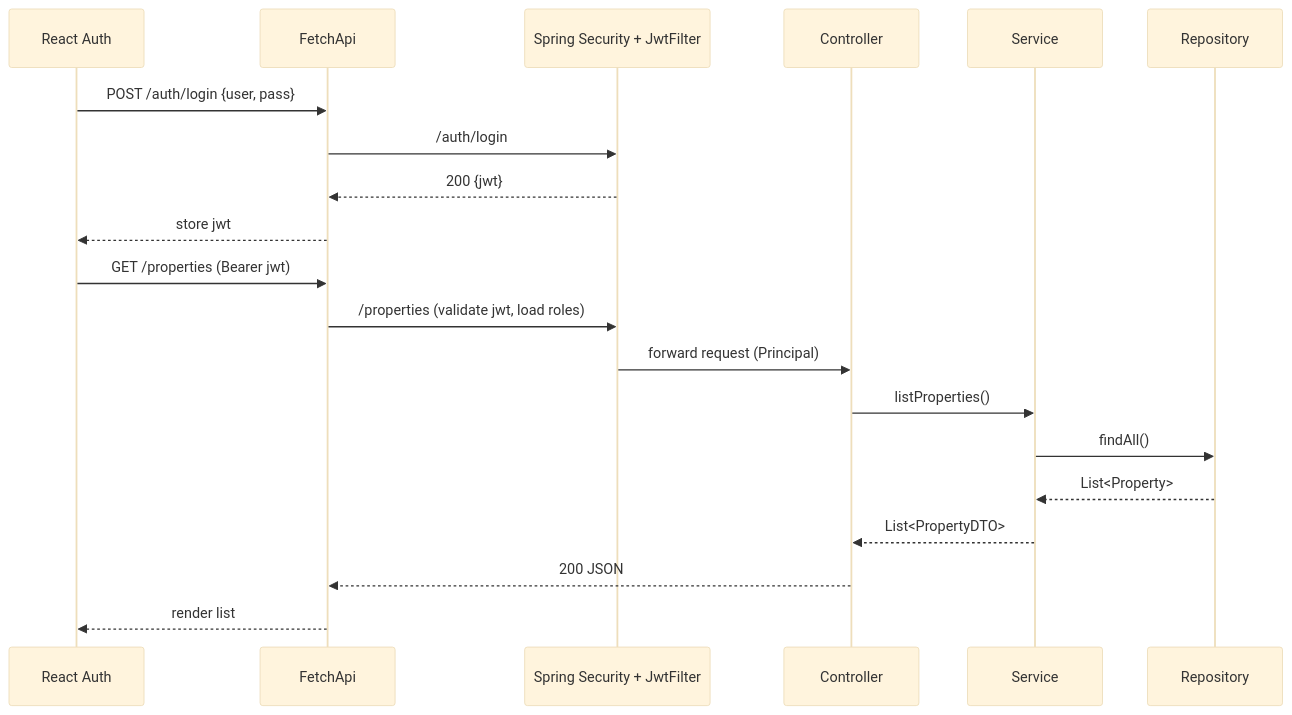
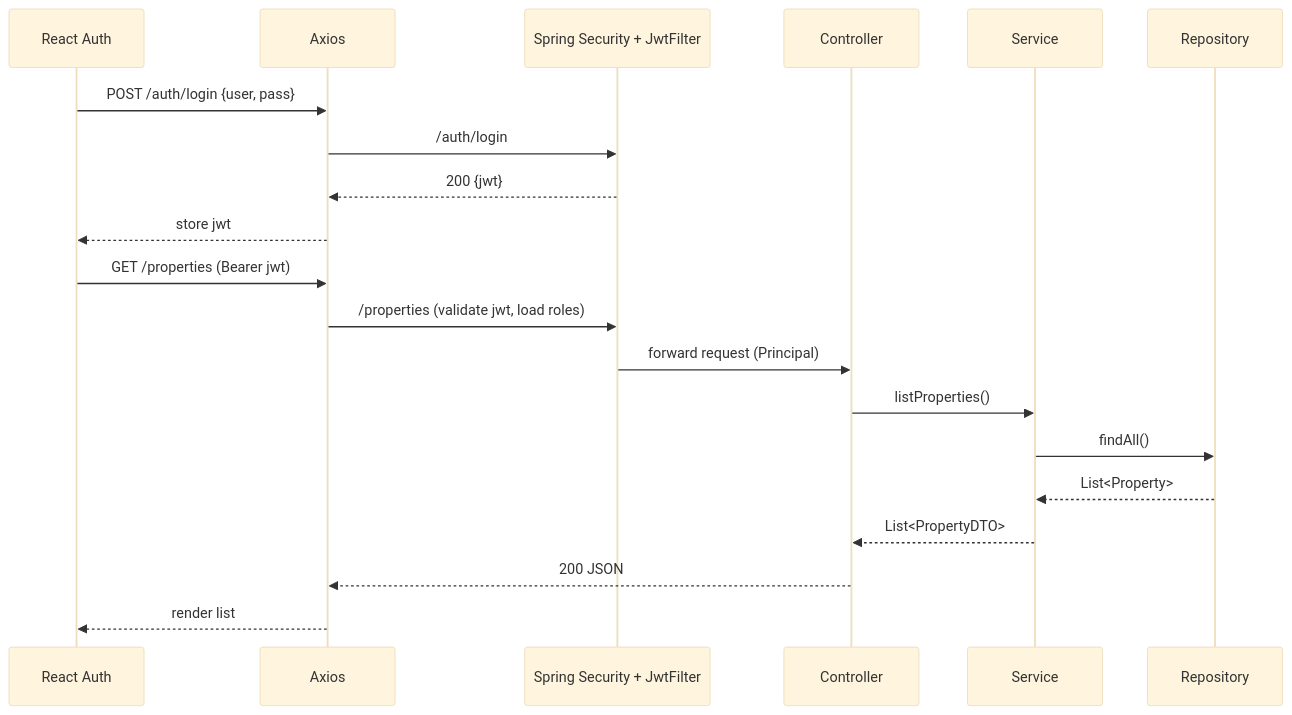
The diagram in docs/Sequence.md (FlavioKde/com.propydis.studio), drawn with Mermaid (base theme) before and after one commit. The commit also changed other lines of this file, not shown here.

Commit message:
Update Sequence.md
change FechtApi for axios

````diff
--- a/docs/Sequence.md
+++ b/docs/Sequence.md
@@ -1,29 +1,29 @@
 ```mermaid﻿
 
 
 sequenceDiagram
   participant R as React Auth
-  participant API as FetchApi
+  participant API as Axios
   participant SEC as Spring Security + JwtFilter
   participant C as Controller
   participant S as Service
   participant REPO as Repository
 
   R->>API: POST /auth/login {user, pass}
   API->>SEC: /auth/login
   SEC-->>API: 200 {jwt}
   API-->>R: store jwt
 
   R->>API: GET /properties (Bearer jwt)
   API->>SEC: /properties (validate jwt, load roles)
   SEC->>C: forward request (Principal)
   C->>S: listProperties()
   S->>REPO: findAll()
   REPO-->>S: List<Property>
   S-->>C: List<PropertyDTO>
   C-->>API: 200 JSON
   API-->>R: render list
 
 
 
 ```
````
